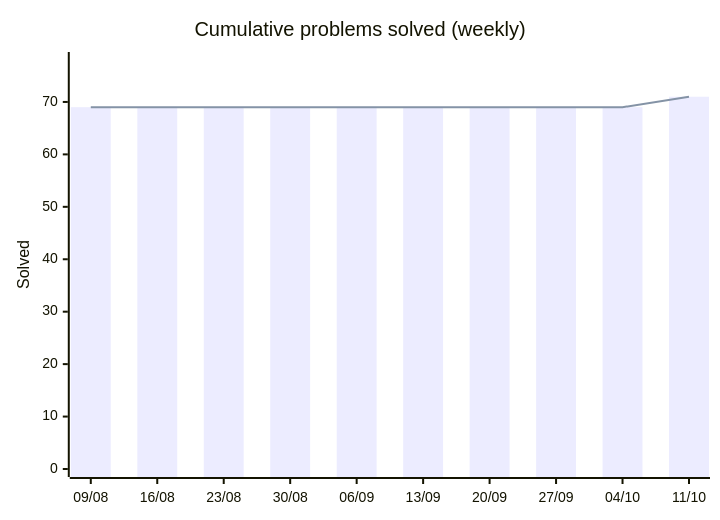
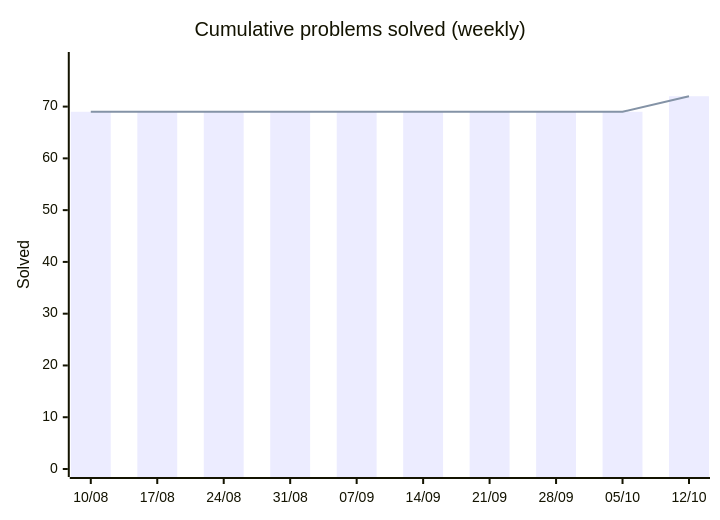
One commit to HarryTrn/TensorTonic-Solutions changed the first of 2 diagrams in README.md. Above: the diagram before and after it, drawn with Mermaid. The commit also changed other lines of this file, not shown here.

````diff
--- a/README.md
+++ b/README.md
@@ -65,8 +65,8 @@
 ```mermaid
 xychart-beta
     title "Cumulative problems solved (weekly)"
-    x-axis ["09/08", "16/08", "23/08", "30/08", "06/09", "13/09", "20/09", "27/09", "04/10", "11/10"]
-    y-axis "Solved" 0 --> 78
-    bar [69, 69, 69, 69, 69, 69, 69, 69, 69, 71]
-    line [69, 69, 69, 69, 69, 69, 69, 69, 69, 71]
+    x-axis ["10/08", "17/08", "24/08", "31/08", "07/09", "14/09", "21/09", "28/09", "05/10", "12/10"]
+    y-axis "Solved" 0 --> 79
+    bar [69, 69, 69, 69, 69, 69, 69, 69, 69, 72]
+    line [69, 69, 69, 69, 69, 69, 69, 69, 69, 72]
 ```
````
